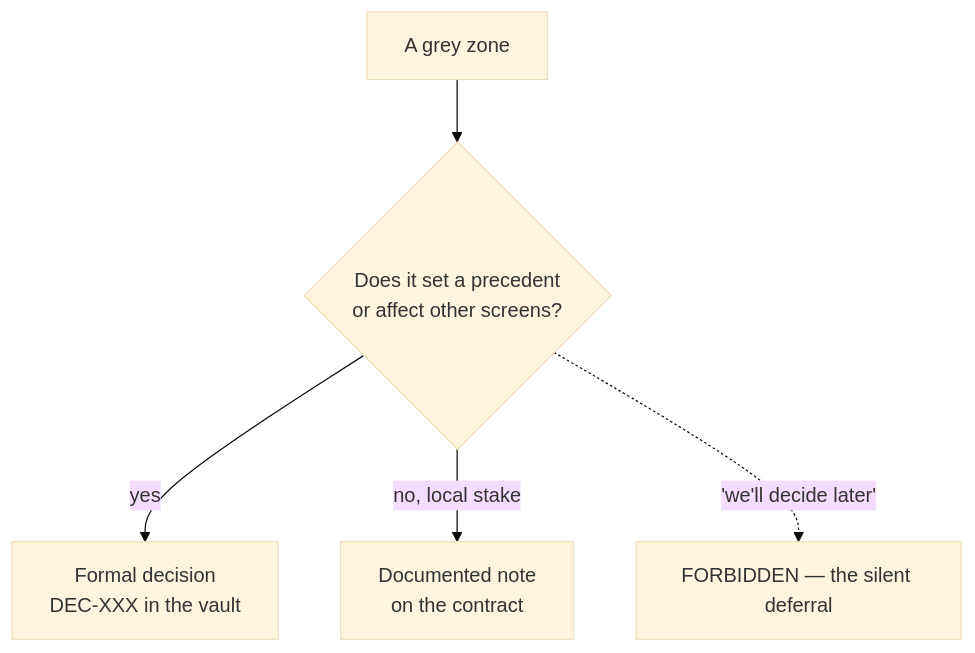
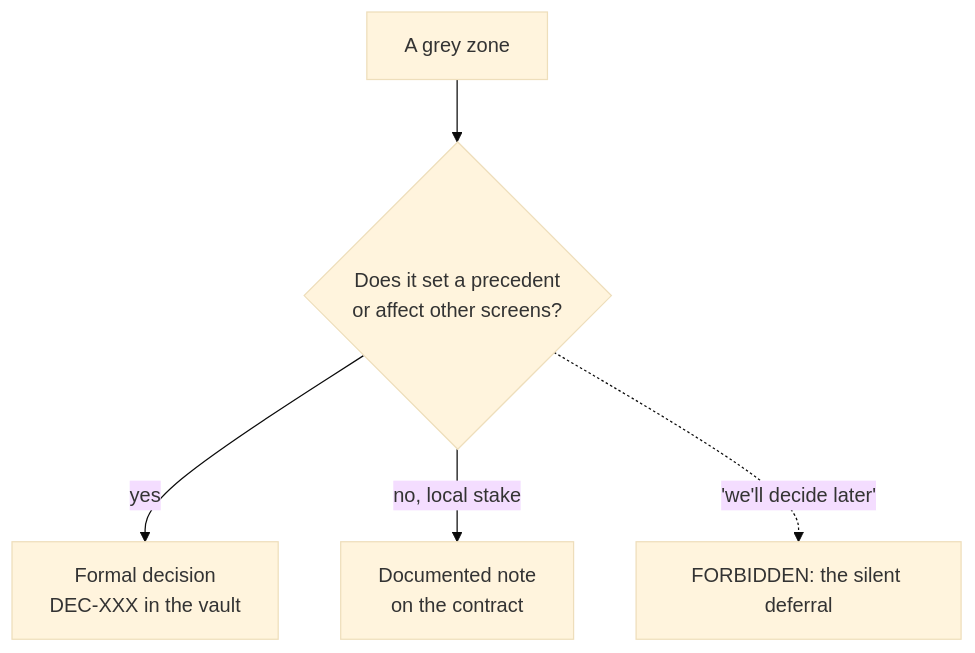
One commit to gabrielchinarro-pro/mainstay changed the second of 2 diagrams in docs/en/core/05-grey-zones-and-divergence.md. Above: the diagram before and after it, drawn with Mermaid (base theme). The commit also changed other lines of this file and 86 other files, not shown here.

````diff
--- a/docs/en/core/05-grey-zones-and-divergence.md
+++ b/docs/en/core/05-grey-zones-and-divergence.md
@@ -111,8 +111,8 @@
 ```mermaid
 flowchart TD
     GZ["A grey zone"]
     GZ --> Q{"Does it set a precedent\nor affect other screens?"}
     Q -->|yes| DEC["Formal decision\nDEC-XXX in the vault"]
     Q -->|no, local stake| NOTE["Documented note\non the contract"]
-    Q -.->|"'we'll decide later'"| FORBIDDEN["FORBIDDEN — the silent deferral"]
+    Q -.->|"'we'll decide later'"| FORBIDDEN["FORBIDDEN: the silent deferral"]
 ```
````
